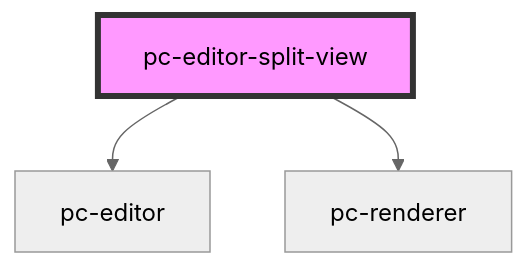
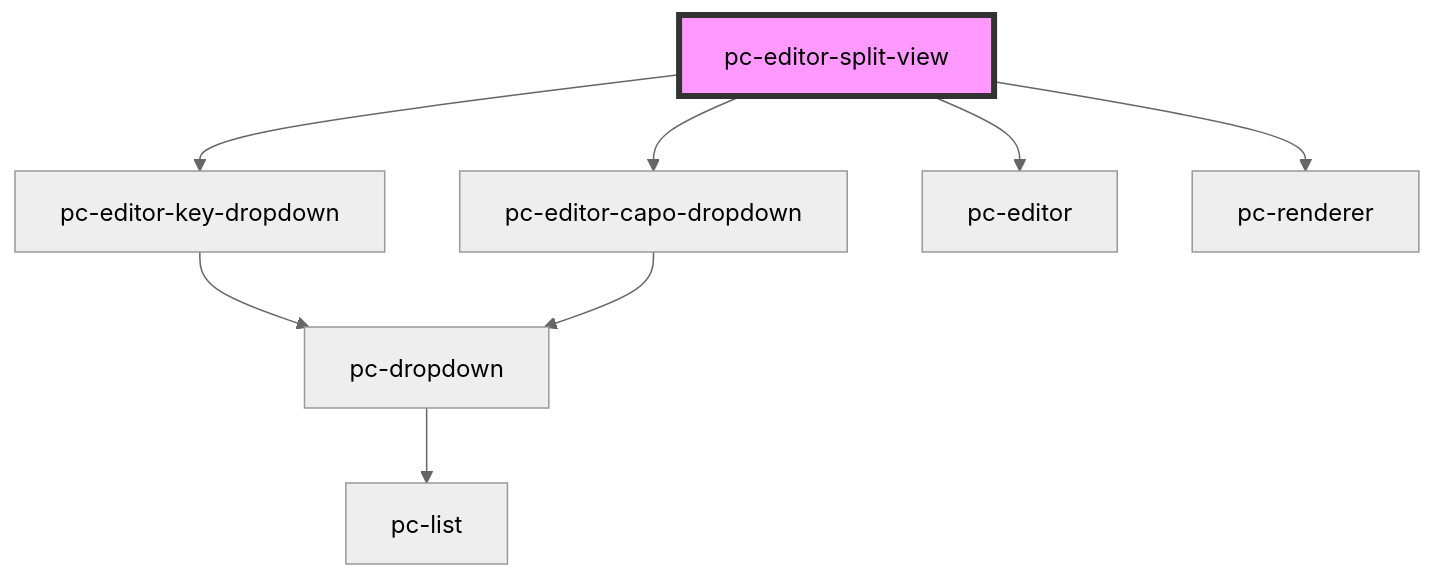
One commit to bettermusic/studio changed the diagram in packages/studio-components/src/components/editor-split-view/readme.md. Above: the diagram before and after it, drawn with Mermaid (neutral theme). The commit also changed other lines of this file and 18 other files, not shown here.

````diff
--- a/packages/studio-components/src/components/editor-split-view/readme.md
+++ b/packages/studio-components/src/components/editor-split-view/readme.md
@@ -16,6 +18,11 @@
 ```mermaid
 graph TD;
+  pc-editor-split-view --> pc-editor-key-dropdown
+  pc-editor-split-view --> pc-editor-capo-dropdown
   pc-editor-split-view --> pc-editor
   pc-editor-split-view --> pc-renderer
+  pc-editor-key-dropdown --> pc-dropdown
+  pc-dropdown --> pc-list
+  pc-editor-capo-dropdown --> pc-dropdown
   style pc-editor-split-view fill:#f9f,stroke:#333,stroke-width:4px
 ```
````
